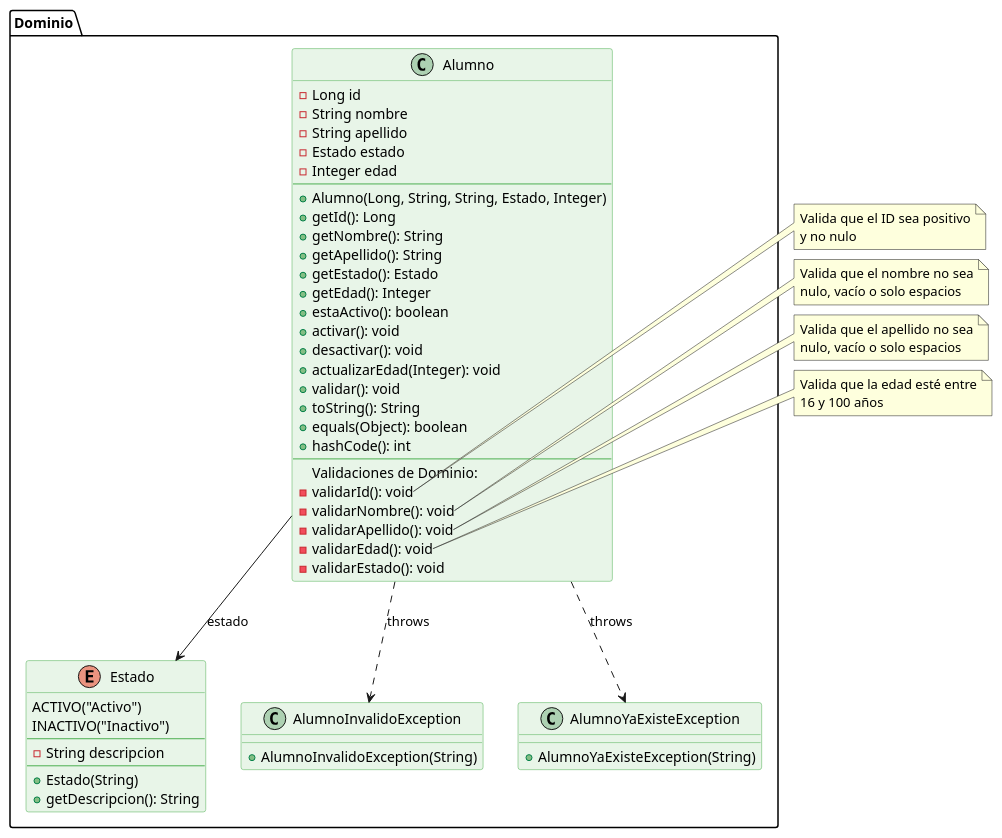
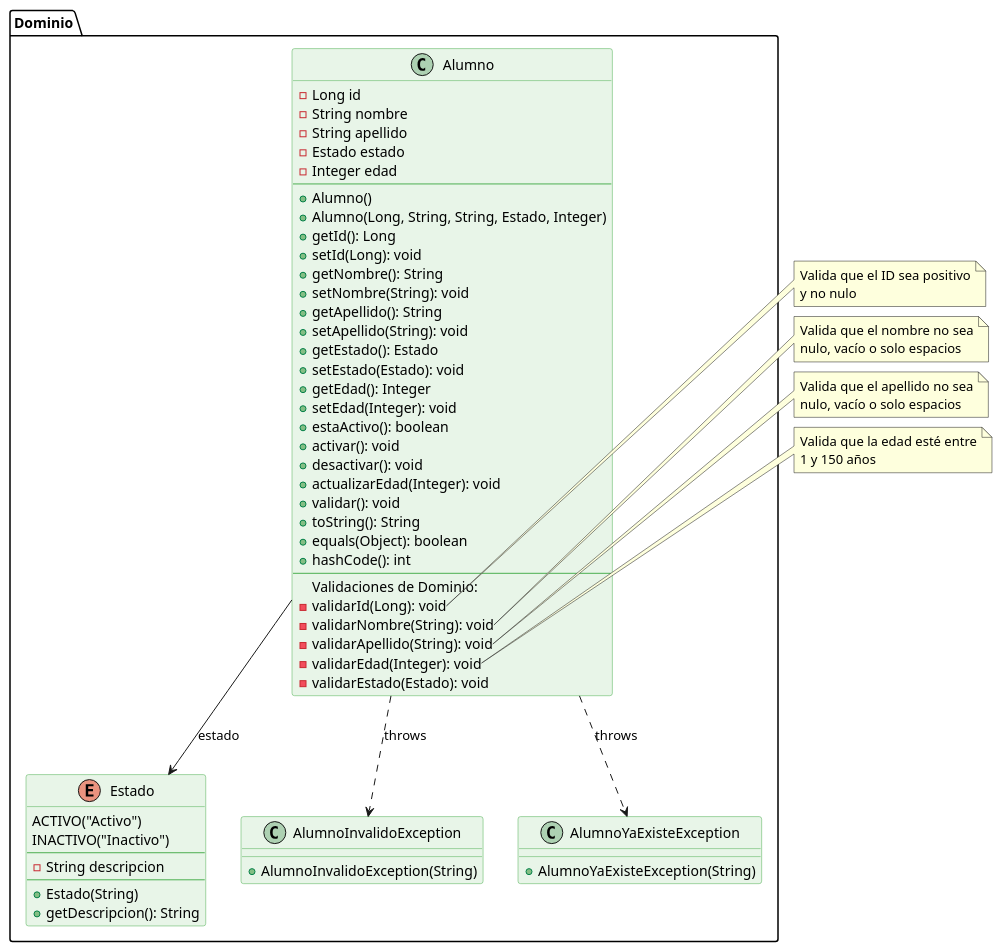
One commit to beta3000/webflux-alumnos changed the second of 7 diagrams in docs/index.adoc. Above: the diagram before and after it, drawn with PlantUML. The commit also changed other lines of this file and 4 other files, not shown here.

```diff
--- a/docs/index.adoc
+++ b/docs/index.adoc
@@ -168,12 +168,18 @@
     -Estado estado
     -Integer edad
     --
+    +Alumno()
     +Alumno(Long, String, String, Estado, Integer)
     +getId(): Long
+    +setId(Long): void
     +getNombre(): String
+    +setNombre(String): void
     +getApellido(): String
+    +setApellido(String): void
     +getEstado(): Estado
+    +setEstado(Estado): void
     +getEdad(): Integer
+    +setEdad(Integer): void
     +estaActivo(): boolean
     +activar(): void
     +desactivar(): void
@@ -184,11 +190,11 @@
     +hashCode(): int
     --
     Validaciones de Dominio:
-    -validarId(): void
-    -validarNombre(): void
-    -validarApellido(): void
-    -validarEdad(): void
-    -validarEstado(): void
+    -validarId(Long): void
+    -validarNombre(String): void
+    -validarApellido(String): void
+    -validarEdad(Integer): void
+    -validarEstado(Estado): void
   }
 
   enum Estado {
@@ -200,11 +206,11 @@
     +Estado(String)
     +getDescripcion(): String
   }
-  
+
   class AlumnoInvalidoException {
     +AlumnoInvalidoException(String)
   }
-  
+
   class AlumnoYaExisteException {
     +AlumnoYaExisteException(String)
   }
@@ -226,12 +232,12 @@
 
 note right of Alumno::validarApellido
   Valida que el apellido no sea
-  nulo, vacío o solo espacios  
+  nulo, vacío o solo espacios
 end note
 
 note right of Alumno::validarEdad
   Valida que la edad esté entre
-  16 y 100 años
+  1 y 150 años
 end note
 
 @enduml
```
